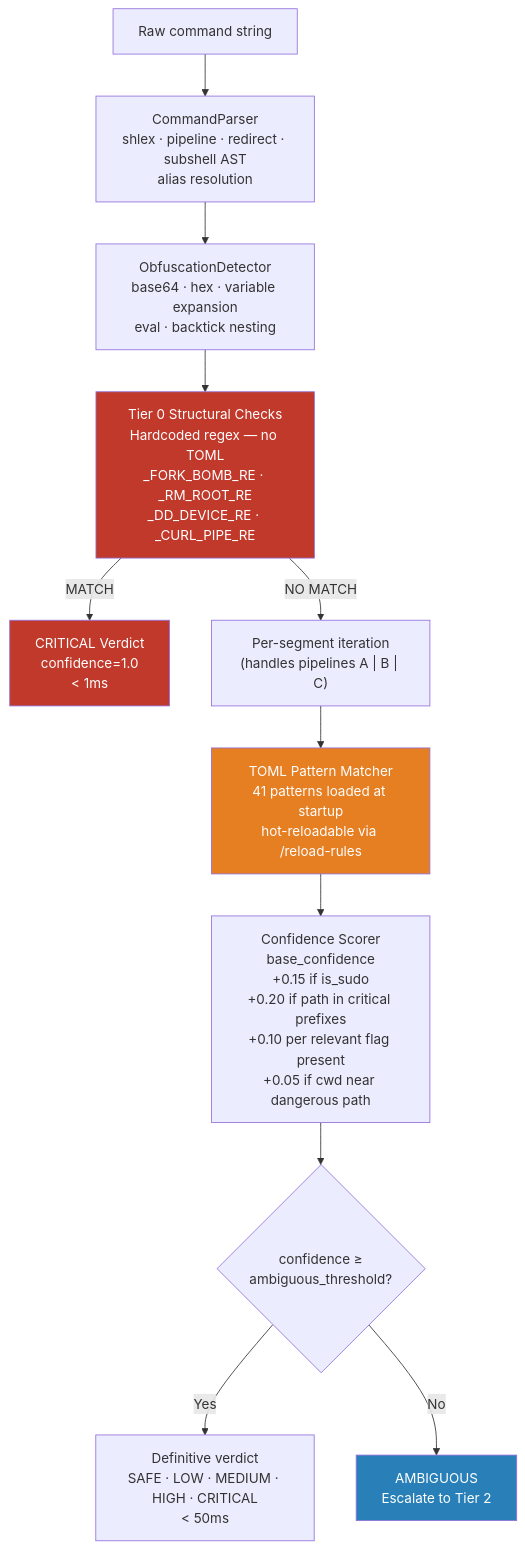
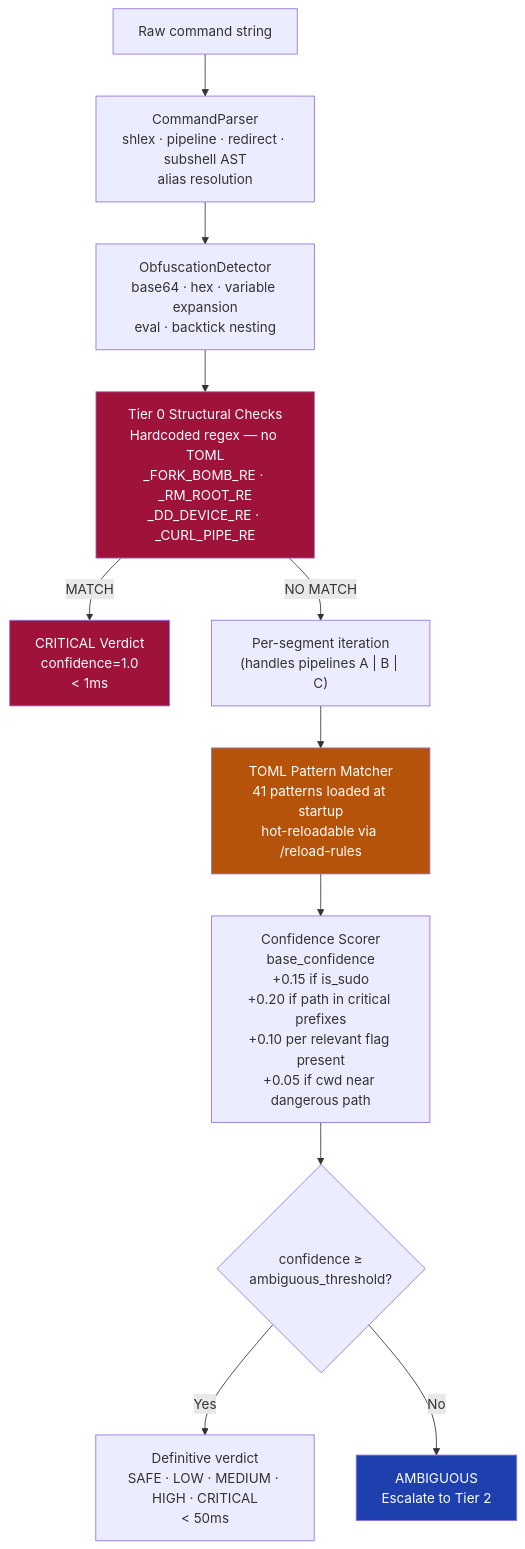
One commit to OliveishPraveen/AI-Based-System-Intent-Engine changed the sixth of 9 diagrams in docs/ARCHITECTURE.md. Above: the diagram before and after it, drawn with Mermaid. The commit also changed other lines of this file and 2 other files, not shown here.

Commit message:
docs: Fix mermaid gantt chart parsing and improve color aesthetics

````diff
--- a/docs/ARCHITECTURE.md
+++ b/docs/ARCHITECTURE.md
@@ -197,29 +197,29 @@
 ```mermaid
 flowchart TD
     RAW["Raw command string"]
 
     RAW --> PARSER["CommandParser<br/>shlex · pipeline · redirect · subshell AST<br/>alias resolution"]
 
     PARSER --> OBF["ObfuscationDetector<br/>base64 · hex · variable expansion<br/>eval · backtick nesting"]
 
     OBF --> T0["Tier 0 Structural Checks<br/>Hardcoded regex — no TOML<br/>_FORK_BOMB_RE · _RM_ROOT_RE<br/>_DD_DEVICE_RE · _CURL_PIPE_RE"]
 
     T0 -->|"MATCH"| CRIT_VERDICT["CRITICAL Verdict<br/>confidence=1.0<br/>< 1ms"]
 
     T0 -->|"NO MATCH"| PER_SEG["Per-segment iteration<br/>(handles pipelines A | B | C)"]
 
     PER_SEG --> TOML["TOML Pattern Matcher<br/>41 patterns loaded at startup<br/>hot-reloadable via /reload-rules"]
 
     TOML --> SCORE["Confidence Scorer<br/>base_confidence<br/>+0.15 if is_sudo<br/>+0.20 if path in critical prefixes<br/>+0.10 per relevant flag present<br/>+0.05 if cwd near dangerous path"]
 
     SCORE --> THRESH{"confidence ≥<br/>ambiguous_threshold?"}
 
     THRESH -->|"Yes"| DEFINITE["Definitive verdict<br/>SAFE · LOW · MEDIUM · HIGH · CRITICAL<br/>< 50ms"]
 
     THRESH -->|"No"| AMB["AMBIGUOUS<br/>Escalate to Tier 2"]
 
-    style T0 fill:#c0392b,color:#fff
-    style TOML fill:#e67e22,color:#fff
-    style CRIT_VERDICT fill:#c0392b,color:#fff
-    style AMB fill:#2980b9,color:#fff
+    style T0 fill:#9f1239,color:#fff
+    style TOML fill:#b45309,color:#fff
+    style CRIT_VERDICT fill:#9f1239,color:#fff
+    style AMB fill:#1e40af,color:#fff
 ```
````
